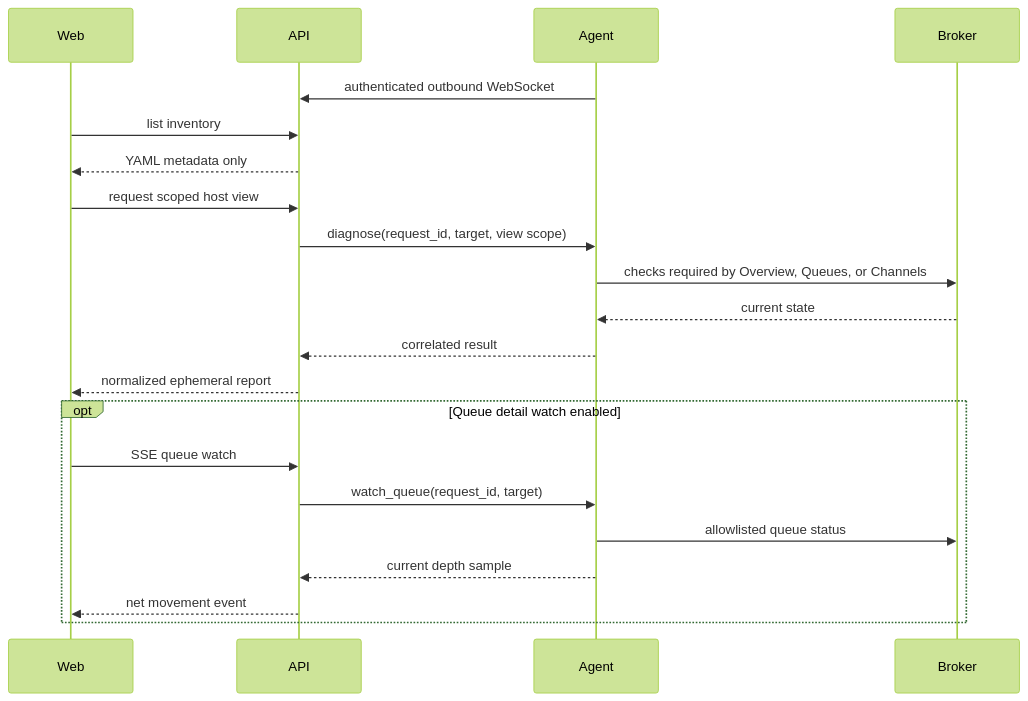
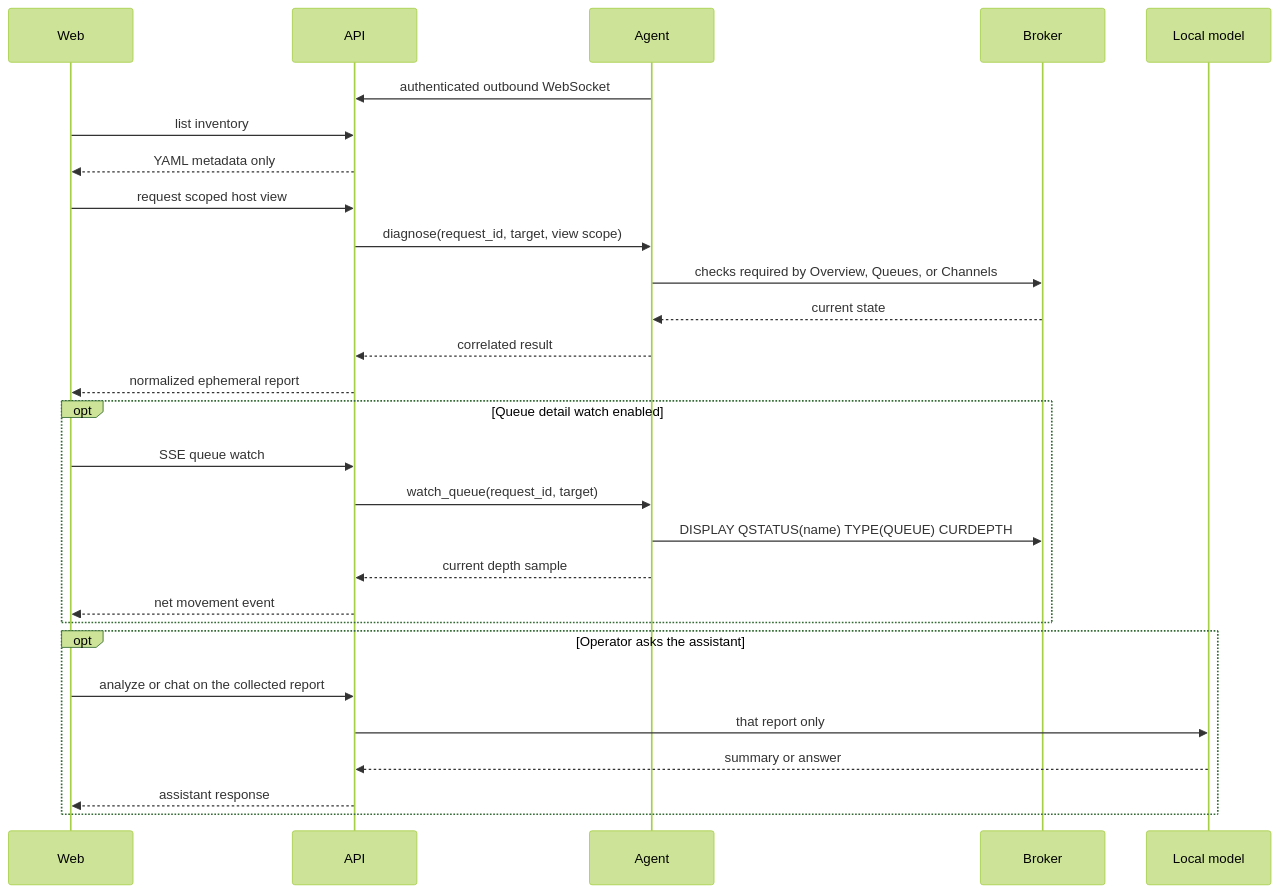
Before and after one commit to mqdeck/mqdeck: the diagram in docs/architecture.md, drawn with Mermaid (forest theme). The commit also changed other lines of this file and 19 other files, not shown here.

````diff
--- a/docs/architecture.md
+++ b/docs/architecture.md
@@ -5,23 +5,30 @@
 ```mermaid
 sequenceDiagram
     participant Web
     participant API
     participant Agent
     participant Broker
+    participant Model as Local model
     Agent->>API: authenticated outbound WebSocket
     Web->>API: list inventory
     API-->>Web: YAML metadata only
     Web->>API: request scoped host view
     API->>Agent: diagnose(request_id, target, view scope)
     Agent->>Broker: checks required by Overview, Queues, or Channels
     Broker-->>Agent: current state
     Agent-->>API: correlated result
     API-->>Web: normalized ephemeral report
     opt Queue detail watch enabled
       Web->>API: SSE queue watch
       API->>Agent: watch_queue(request_id, target)
-      Agent->>Broker: allowlisted queue status
+      Agent->>Broker: DISPLAY QSTATUS(name) TYPE(QUEUE) CURDEPTH
       Agent-->>API: current depth sample
       API-->>Web: net movement event
     end
+    opt Operator asks the assistant
+      Web->>API: analyze or chat on the collected report
+      API->>Model: that report only
+      Model-->>API: summary or answer
+      API-->>Web: assistant response
+    end
 ```
````
